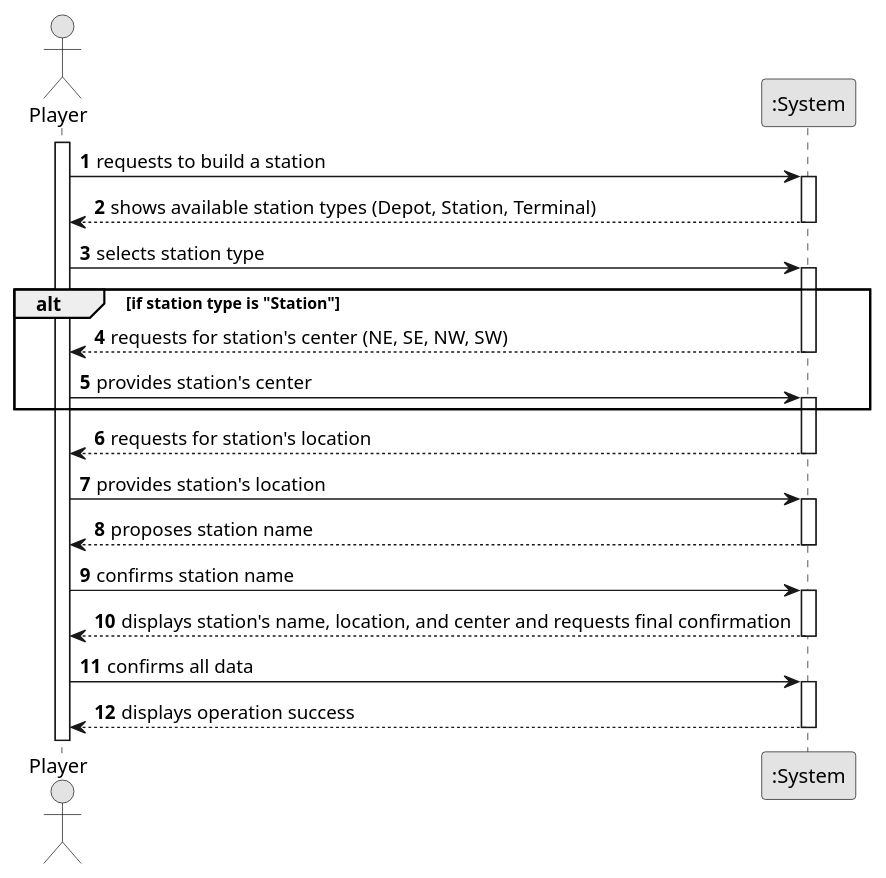
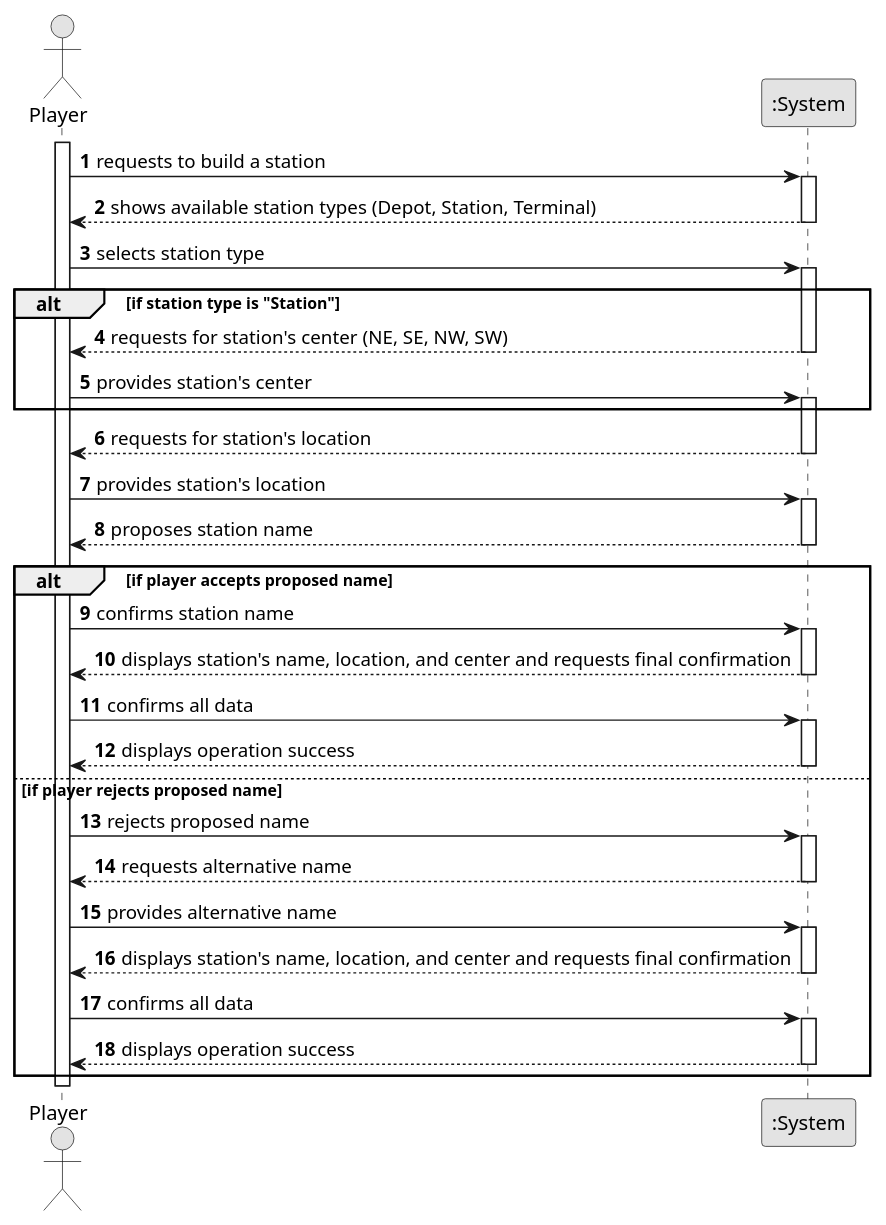
The diagram in docs/system-documentation/sprint 1/US05/01.requirements-engineering/puml/US005-SSD.puml (Educ00/mdisc-2425), drawn with PlantUML before and after one commit. The commit also changed 2 other files, not shown here.

Commit message:
Update on US05 requirements engineering after the client said that the player has the option of rejecting the proposed name for the station and has the possibility to propose a new one himself. Also updated the AC.

```diff
--- a/docs/system-documentation/sprint 1/US05/01.requirements-engineering/puml/US005-SSD.puml
+++ b/docs/system-documentation/sprint 1/US05/01.requirements-engineering/puml/US005-SSD.puml
@@ -1,50 +1,74 @@
 @startuml
 skinparam monochrome true
 skinparam packageStyle rectangle
 skinparam shadowing false
 
 autonumber
 
 actor "Player" as Player
 participant ":System" as System
 
 activate Player
 
     Player -> System : requests to build a station
     activate System
 
         System --> Player : shows available station types (Depot, Station, Terminal)
     deactivate System
 
     Player -> System : selects station type
     activate System
 
         alt if station type is "Station"
             System --> Player : requests for station's center (NE, SE, NW, SW)
             deactivate System
 
             Player -> System : provides station's center
             activate System
         end
 
         System --> Player : requests for station's location
     deactivate System
 
     Player -> System : provides station's location
     activate System
 
         System --> Player : proposes station name
     deactivate System
 
-    Player -> System : confirms station name
-    activate System
+    alt if player accepts proposed name
+        Player -> System : confirms station name
+        activate System
 
-        System --> Player : displays station's name, location, and center and requests final confirmation
-    deactivate System
+            System --> Player : displays station's name, location, and center and requests final confirmation
+        deactivate System
 
-    Player -> System : confirms all data
-    activate System
+        Player -> System : confirms all data
+        activate System
 
-        System --> Player : displays operation success
-    deactivate System
+            System --> Player : displays operation success
+        deactivate System
+
+    else if player rejects proposed name
+
+        Player -> System : rejects proposed name
+        activate System
+
+            System --> Player : requests alternative name
+        deactivate System
+
+        Player -> System : provides alternative name
+        activate System
+
+            System --> Player : displays station's name, location, and center and requests final confirmation
+        deactivate System
+
+        Player -> System : confirms all data
+        activate System
+
+            System --> Player : displays operation success
+        deactivate System
+    end
+
+deactivate Player
 @enduml
```
